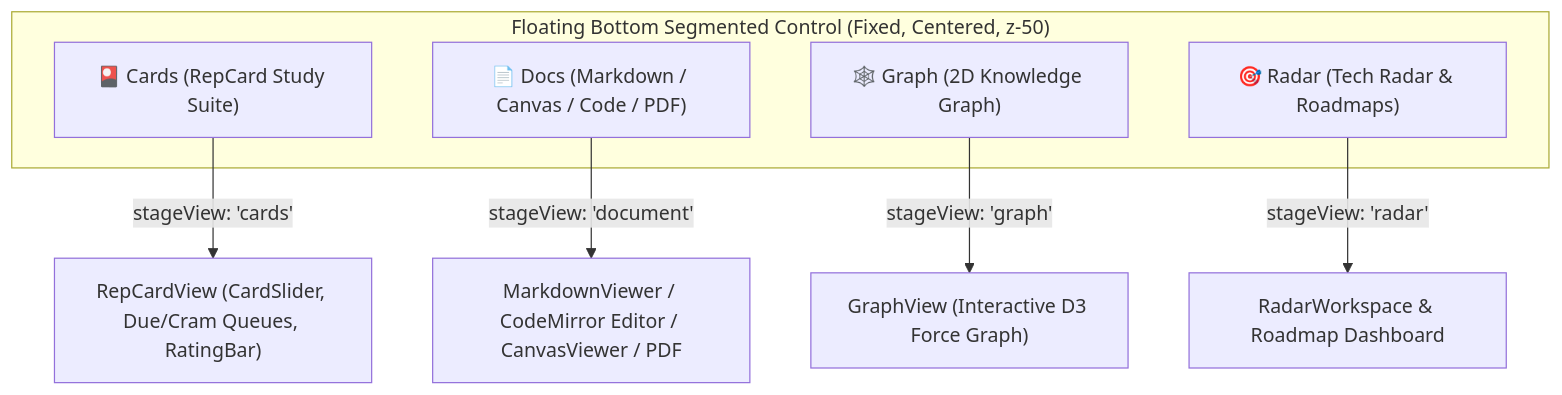
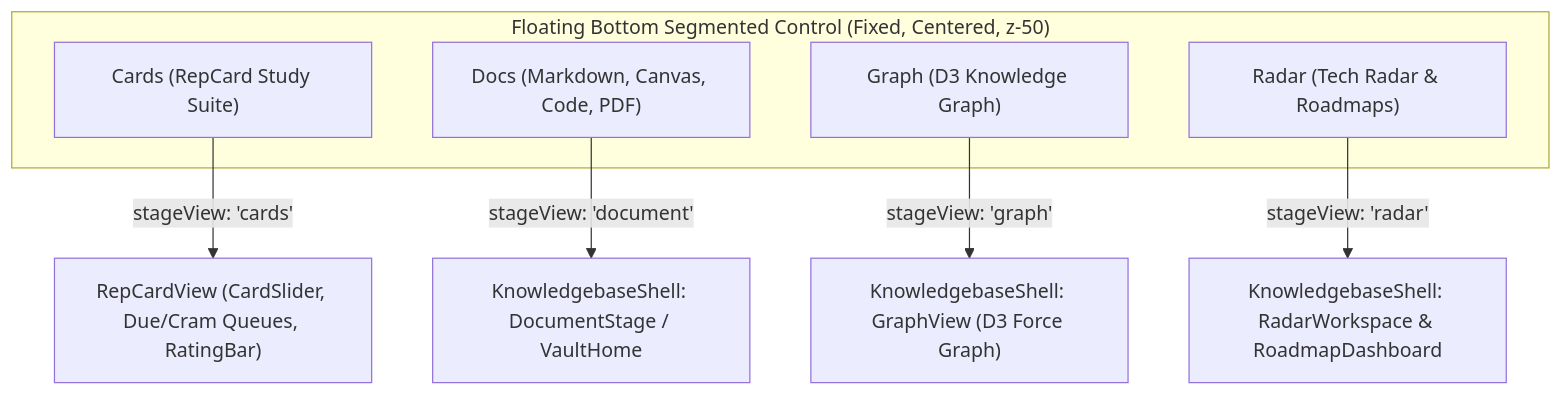
One commit to shakilnwz/repcard changed the first of 3 diagrams in plans/MIGRATION_PLAN_REPCARD_GENFORGE_KB.md. Above: the diagram before and after it, drawn with Mermaid. The commit also changed other lines of this file and 12 other files, not shown here.

````diff
--- a/plans/MIGRATION_PLAN_REPCARD_GENFORGE_KB.md
+++ b/plans/MIGRATION_PLAN_REPCARD_GENFORGE_KB.md
@@ -35,14 +38,14 @@
 ```mermaid
 flowchart TD
     subgraph BottomPill["Floating Bottom Segmented Control (Fixed, Centered, z-50)"]
-        CardsBtn["🎴 Cards (RepCard Study Suite)"]
-        DocsBtn["📄 Docs (Markdown / Canvas / Code / PDF)"]
-        GraphBtn["🕸️ Graph (2D Knowledge Graph)"]
-        RadarBtn["🎯 Radar (Tech Radar & Roadmaps)"]
+        CardsBtn["Cards (RepCard Study Suite)"]
+        DocsBtn["Docs (Markdown, Canvas, Code, PDF)"]
+        GraphBtn["Graph (D3 Knowledge Graph)"]
+        RadarBtn["Radar (Tech Radar & Roadmaps)"]
     end
 
-    CardsBtn -->|stageView: 'cards'| ViewCards["RepCardView (CardSlider, Due/Cram Queues, RatingBar)"]
-    DocsBtn -->|stageView: 'document'| ViewDocs["MarkdownViewer / CodeMirror Editor / CanvasViewer / PDF"]
-    GraphBtn -->|stageView: 'graph'| ViewGraph["GraphView (Interactive D3 Force Graph)"]
-    RadarBtn -->|stageView: 'radar'| ViewRadar["RadarWorkspace & Roadmap Dashboard"]
+    CardsBtn -->|"stageView: 'cards'"| ViewCards["RepCardView (CardSlider, Due/Cram Queues, RatingBar)"]
+    DocsBtn -->|"stageView: 'document'"| ViewDocs["KnowledgebaseShell: DocumentStage / VaultHome"]
+    GraphBtn -->|"stageView: 'graph'"| ViewGraph["KnowledgebaseShell: GraphView (D3 Force Graph)"]
+    RadarBtn -->|"stageView: 'radar'"| ViewRadar["KnowledgebaseShell: RadarWorkspace & RoadmapDashboard"]
 ```
````
